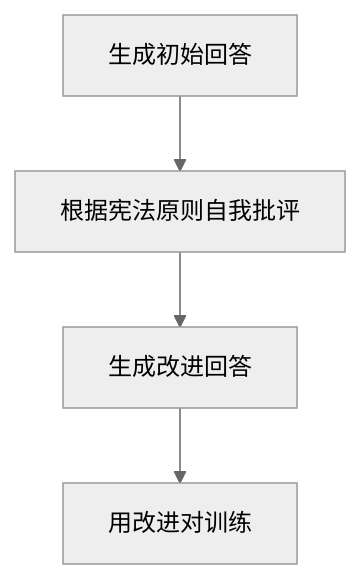
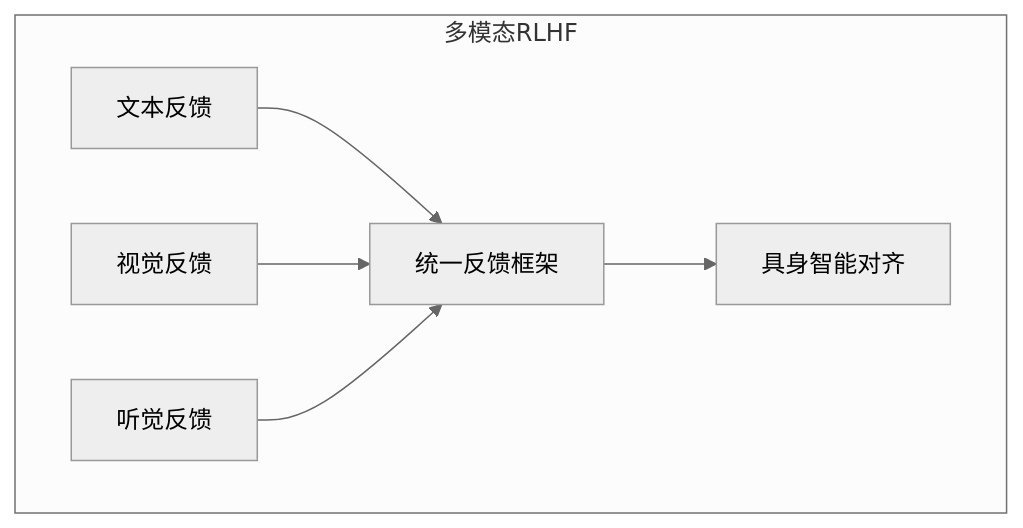
One commit to Xunzhuo/mini-sglang changed the sixth of 10 diagrams in learning/website/docs/basics/12-rlhf.md. Above: the diagram before and after it, drawn with Mermaid (neutral theme). The commit also changed other lines of this file and 6 other files, not shown here.

````diff
--- a/learning/website/docs/basics/12-rlhf.md
+++ b/learning/website/docs/basics/12-rlhf.md
@@ -158,6 +240,9 @@
 ```mermaid
-flowchart TD
-    A[生成初始回答] --> B[根据宪法原则自我批评]
-    B --> C[生成改进回答]
-    C --> D[用改进对训练]
+graph TB
+    subgraph 多模态RLHF
+        TF[文本反馈] --> UF[统一反馈框架]
+        VF[视觉反馈] --> UF
+        AF[听觉反馈] --> UF
+        UF --> EA[具身智能对齐]
+    end
 ```
````
